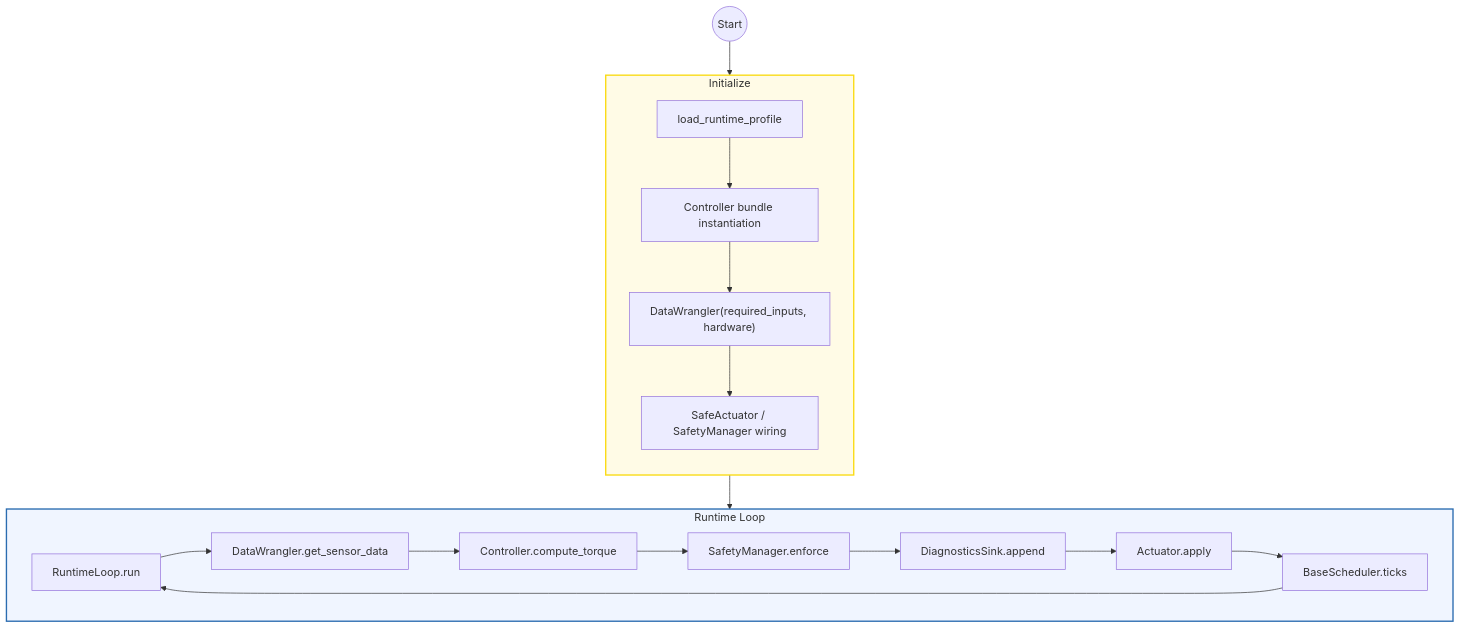
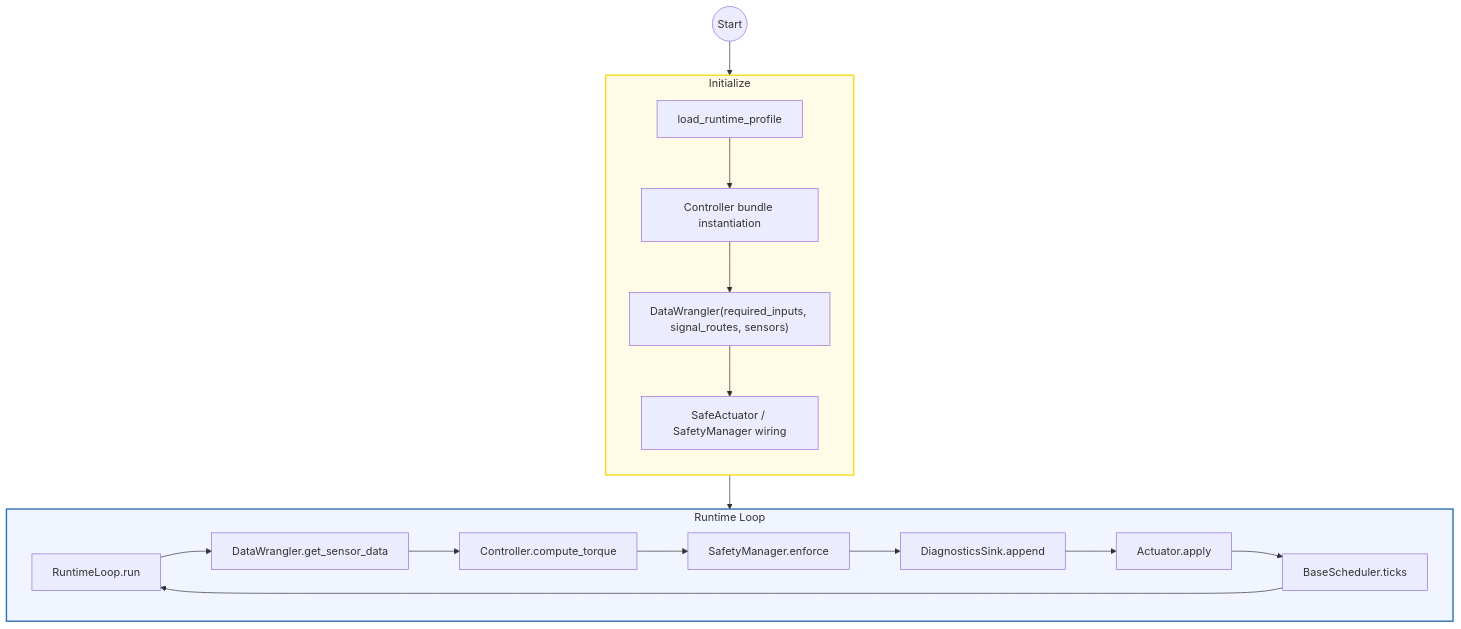
Before and after one commit to jmontp/raspberry-pi-controller-runtime: the first of 6 diagrams in docs/architecture.md, drawn with Mermaid. The commit also changed other lines of this file and 14 other files, not shown here.

Commit message:
Refactor wrangler to use explicit signal routes

````diff
--- a/docs/architecture.md
+++ b/docs/architecture.md
@@ -22,25 +22,25 @@
 ```mermaid
 flowchart TD
     start((Start)) --> I0["load_runtime_profile"]
     subgraph Init ["Initialize"]
         direction TB
         I0 --> I1["Controller bundle instantiation"]
-        I1 --> I2["DataWrangler(required_inputs, hardware)"]
+        I1 --> I2["DataWrangler(required_inputs, signal_routes, sensors)"]
         I2 --> I3["SafeActuator / SafetyManager wiring"]
     end
     style Init fill:#fffbe6,stroke:#fadb14,stroke-width:2px
 
     subgraph RuntimeLoop ["Runtime Loop"]
         direction LR
         R0["RuntimeLoop.run"] --> R1["DataWrangler.get_sensor_data"]
         R1 --> R2["Controller.compute_torque"]
         R2 --> R3["SafetyManager.enforce"]
         R3 --> Rlog["DiagnosticsSink.append"]
         Rlog --> R4["Actuator.apply"]
         R4 --> T["BaseScheduler.ticks"]
         T --> R0
     end
     style RuntimeLoop fill:#f0f5ff,stroke:#2b6cb0,stroke-width:2px
 
     I3 --> R0
 ```
````
